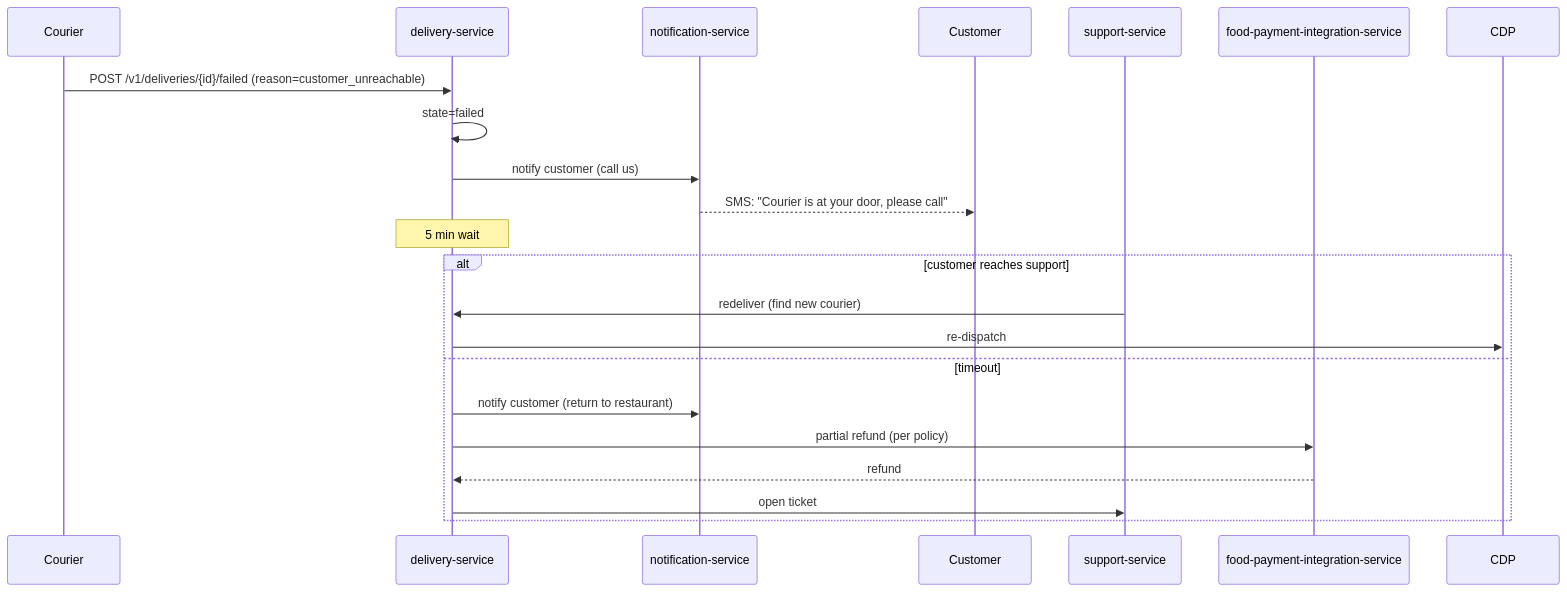
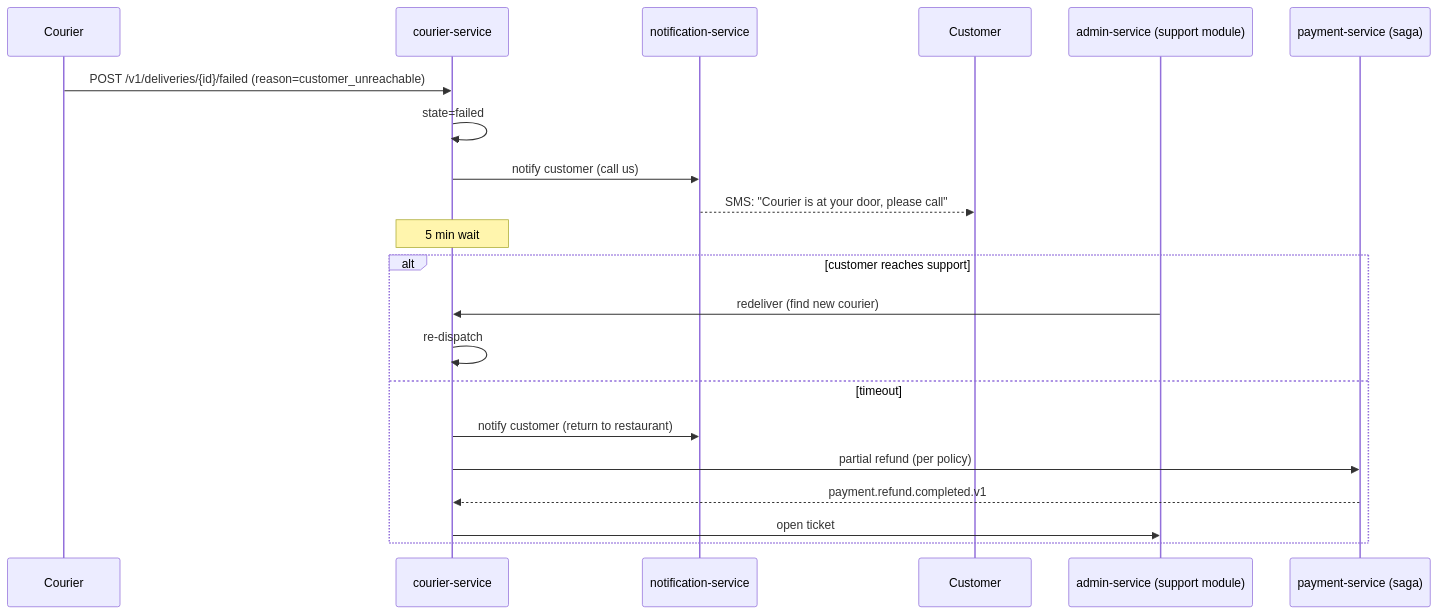
Before and after one commit to mohamedhabibwork/trips-enjoy-docs: the ninth of 12 diagrams in docs/workflows/FOOD_ORDER_WORKFLOWS.md, drawn with Mermaid. The commit also changed other lines of this file and 525 other files, not shown here.

````diff
--- a/docs/workflows/FOOD_ORDER_WORKFLOWS.md
+++ b/docs/workflows/FOOD_ORDER_WORKFLOWS.md
@@ -278,24 +259,24 @@
 ```mermaid
 sequenceDiagram
     participant CUR as Courier
-    participant DLV as delivery-service
+    participant COS as courier-service
     participant NOT as notification-service
     participant C as Customer
-    participant SUP as support-service
-    participant FPI as food-payment-integration-service
+    participant ADM as admin-service (support module)
+    participant PAY as payment-service (saga)
 
-    CUR->>DLV: POST /v1/deliveries/{id}/failed (reason=customer_unreachable)
-    DLV->>DLV: state=failed
-    DLV->>NOT: notify customer (call us)
+    CUR->>COS: POST /v1/deliveries/{id}/failed (reason=customer_unreachable)
+    COS->>COS: state=failed
+    COS->>NOT: notify customer (call us)
     NOT-->>C: SMS: "Courier is at your door, please call"
-    Note over DLV: 5 min wait
+    Note over COS: 5 min wait
     alt customer reaches support
-        SUP->>DLV: redeliver (find new courier)
-        DLV->>CDP: re-dispatch
+        ADM->>COS: redeliver (find new courier)
+        COS->>COS: re-dispatch
     else timeout
-        DLV->>NOT: notify customer (return to restaurant)
-        DLV->>FPI: partial refund (per policy)
-        FPI-->>DLV: refund
-        DLV->>SUP: open ticket
+        COS->>NOT: notify customer (return to restaurant)
+        COS->>PAY: partial refund (per policy)
+        PAY-->>COS: payment.refund.completed.v1
+        COS->>ADM: open ticket
     end
 ```
````
